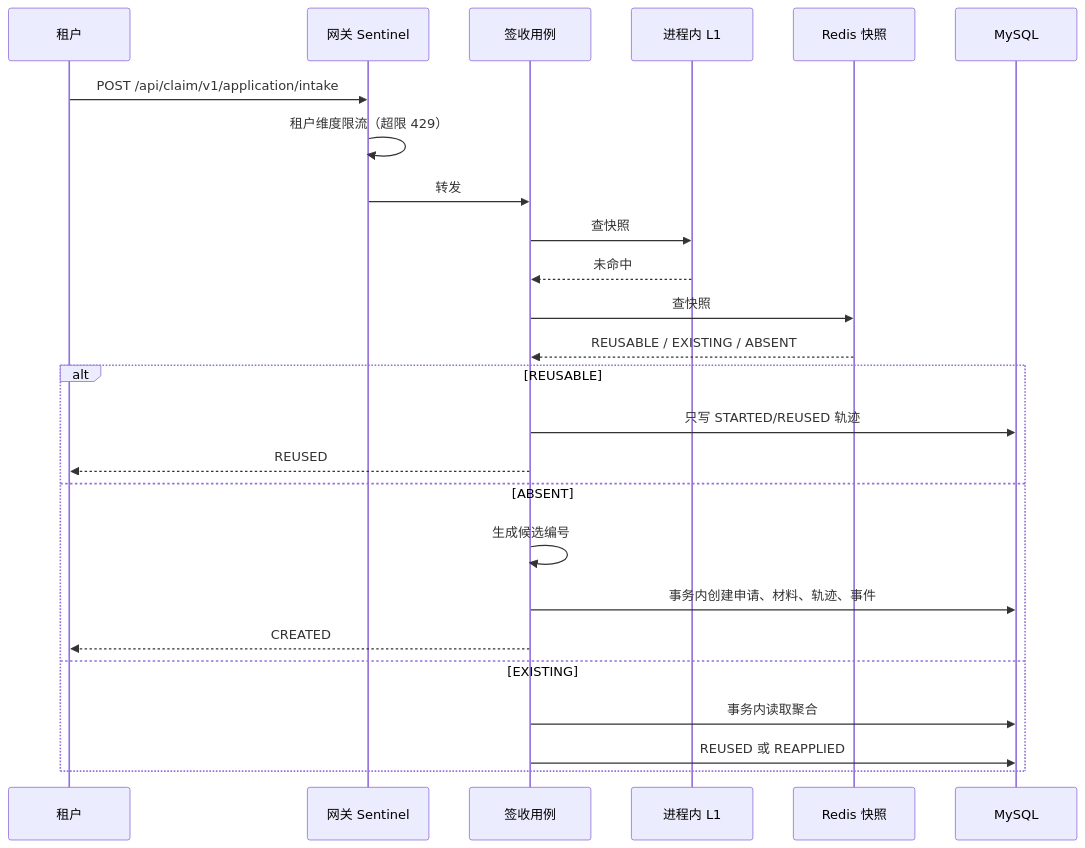
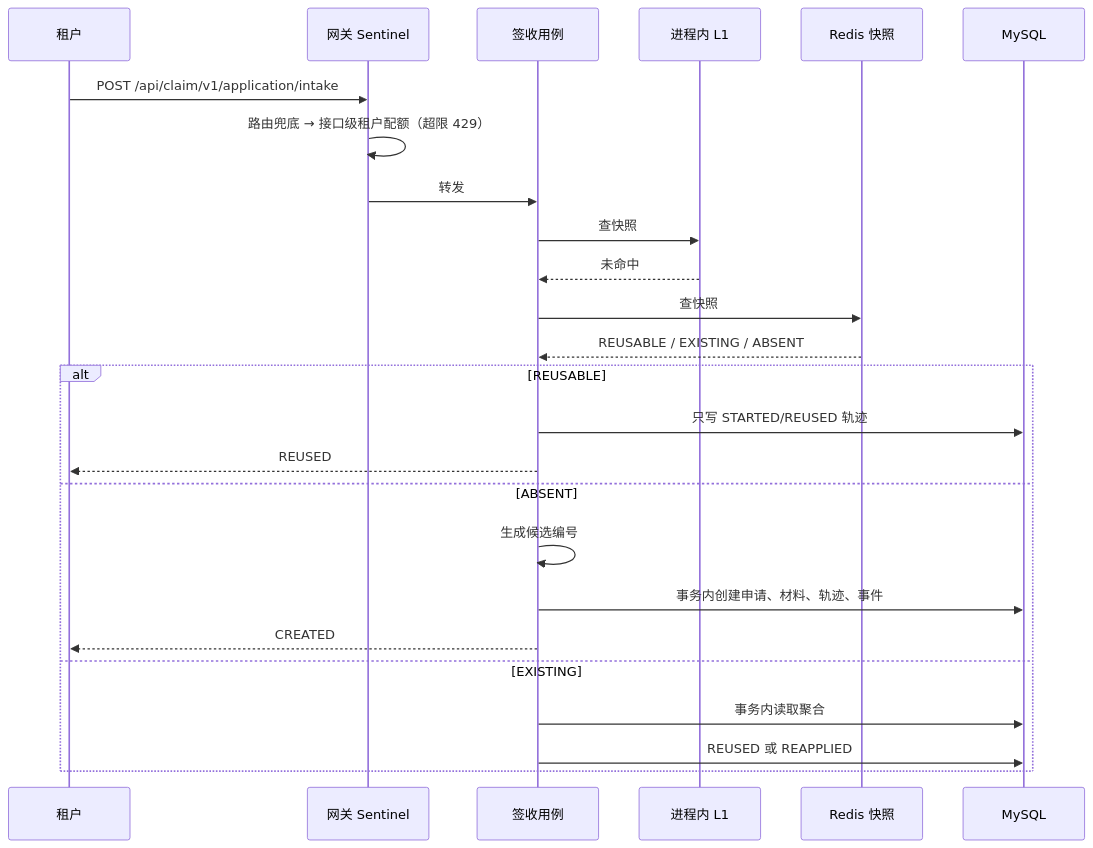
One commit to wangguangwu/claim-integration-platform changed the diagram in specs/010-intake-scale-protection/design.md. Above: the diagram before and after it, drawn with Mermaid. The commit also changed other lines of this file and 39 other files, not shown here.

````diff
--- a/specs/010-intake-scale-protection/design.md
+++ b/specs/010-intake-scale-protection/design.md
@@ -20,28 +21,28 @@
 ```mermaid
 sequenceDiagram
     participant T as 租户
     participant GW as 网关 Sentinel
     participant W as 签收用例
     participant L1 as 进程内 L1
     participant R as Redis 快照
     participant DB as MySQL
 
     T->>GW: POST /api/claim/v1/application/intake
-    GW->>GW: 租户维度限流（超限 429）
+    GW->>GW: 路由兜底 → 接口级租户配额（超限 429）
     GW->>W: 转发
     W->>L1: 查快照
     L1-->>W: 未命中
     W->>R: 查快照
     R-->>W: REUSABLE / EXISTING / ABSENT
     alt REUSABLE
         W->>DB: 只写 STARTED/REUSED 轨迹
         W-->>T: REUSED
     else ABSENT
         W->>W: 生成候选编号
         W->>DB: 事务内创建申请、材料、轨迹、事件
         W-->>T: CREATED
     else EXISTING
         W->>DB: 事务内读取聚合
         W->>DB: REUSED 或 REAPPLIED
     end
 ```
````
